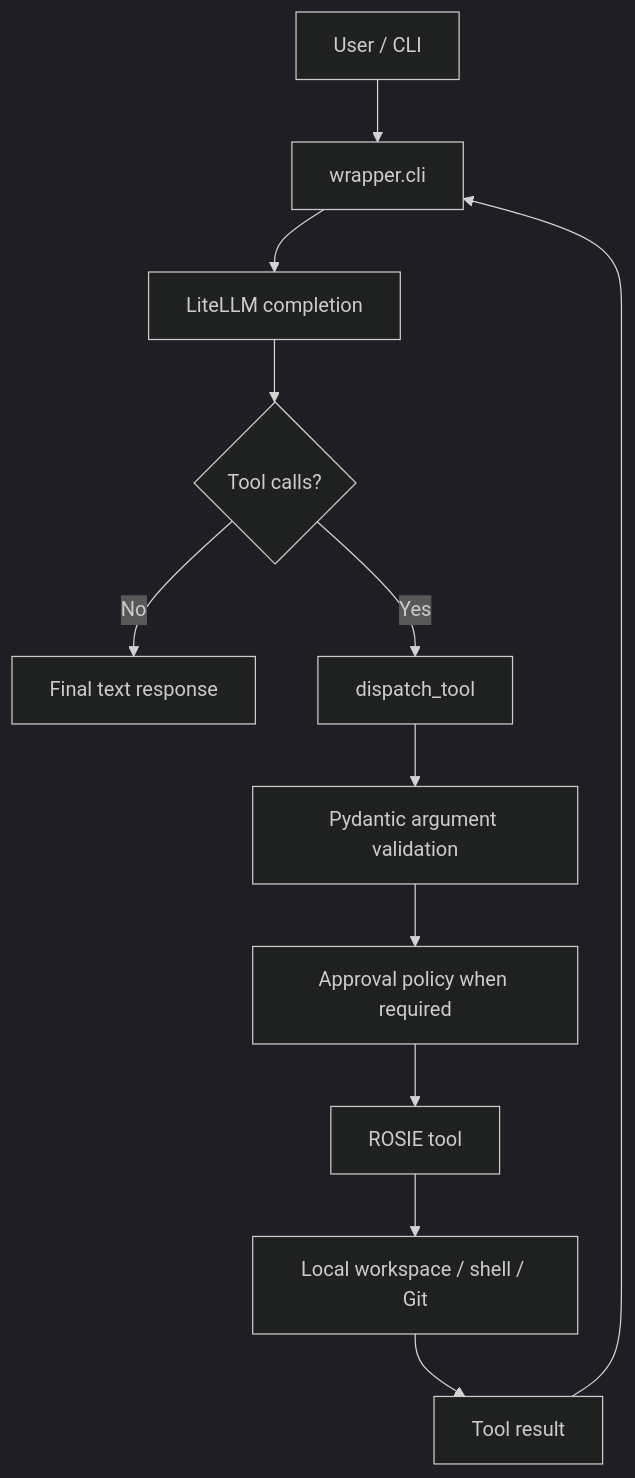
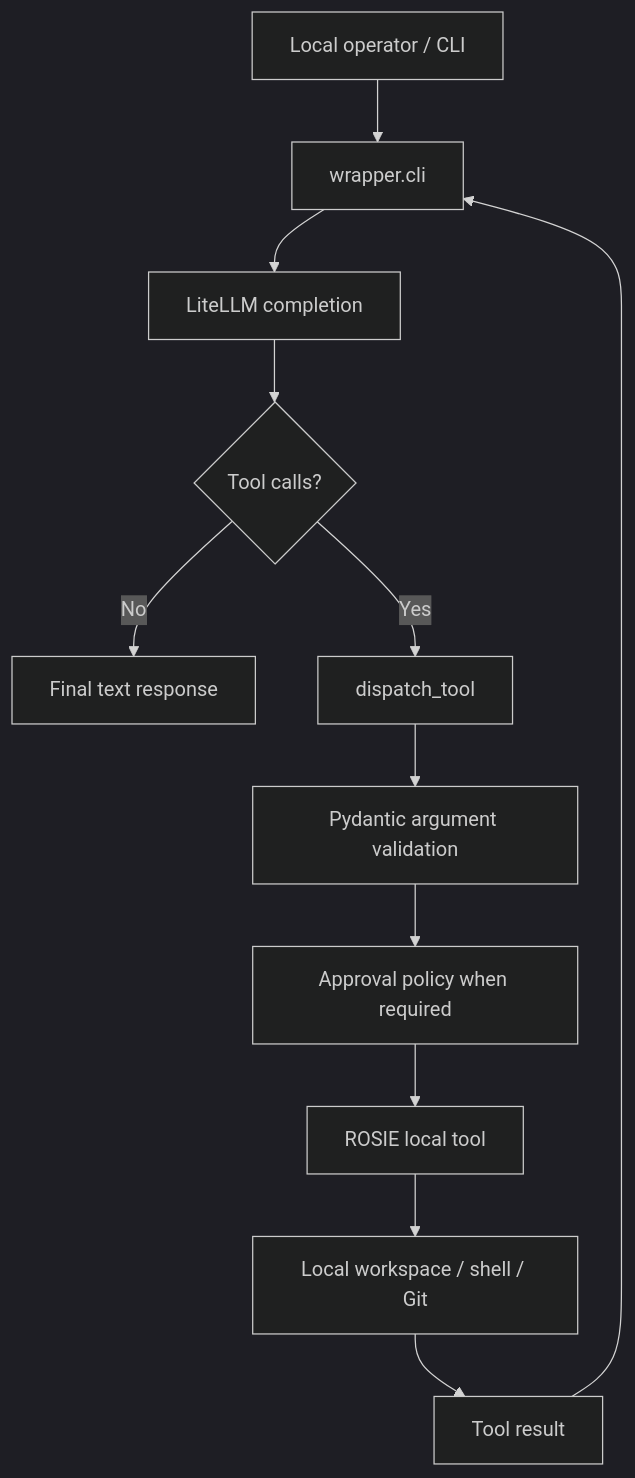
One commit to CenturionOversight/ROSIE changed the diagram in docs/ARCHITECTURE.md. Above: the diagram before and after it, drawn with Mermaid (dark theme). The commit also changed other lines of this file, not shown here.

Commit message:
docs: separate ROSIE locality role from HACKASS and ARCHESTRATOR

````diff
--- a/docs/ARCHITECTURE.md
+++ b/docs/ARCHITECTURE.md
@@ -7,14 +53,14 @@
 ```mermaid
 flowchart TD
-    U[User / CLI] --> C[wrapper.cli]
+    U[Local operator / CLI] --> C[wrapper.cli]
     C --> M[LiteLLM completion]
     M --> L{Tool calls?}
     L -- No --> R[Final text response]
     L -- Yes --> D[dispatch_tool]
     D --> V[Pydantic argument validation]
     V --> P[Approval policy when required]
-    P --> T[ROSIE tool]
+    P --> T[ROSIE local tool]
     T --> W[Local workspace / shell / Git]
     W --> O[Tool result]
     O --> C
 ```
````
